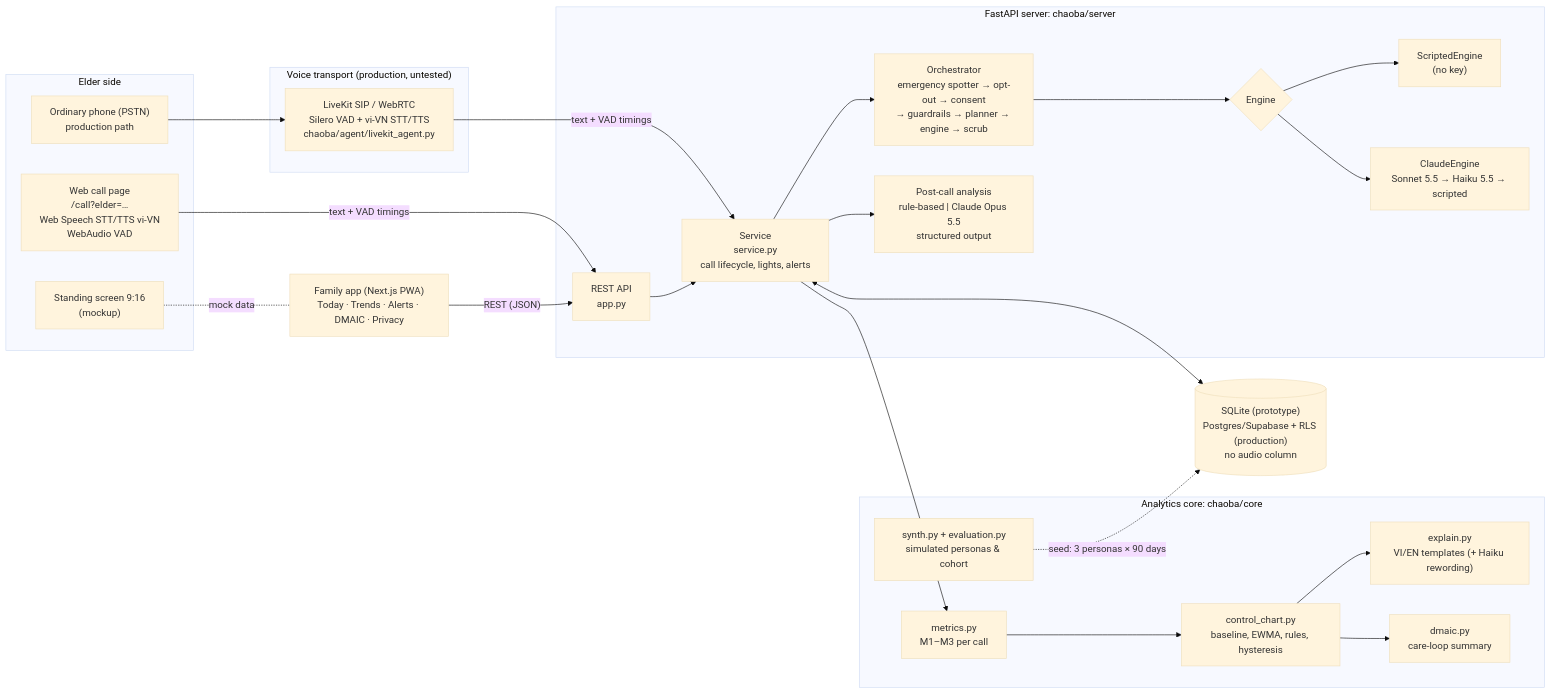
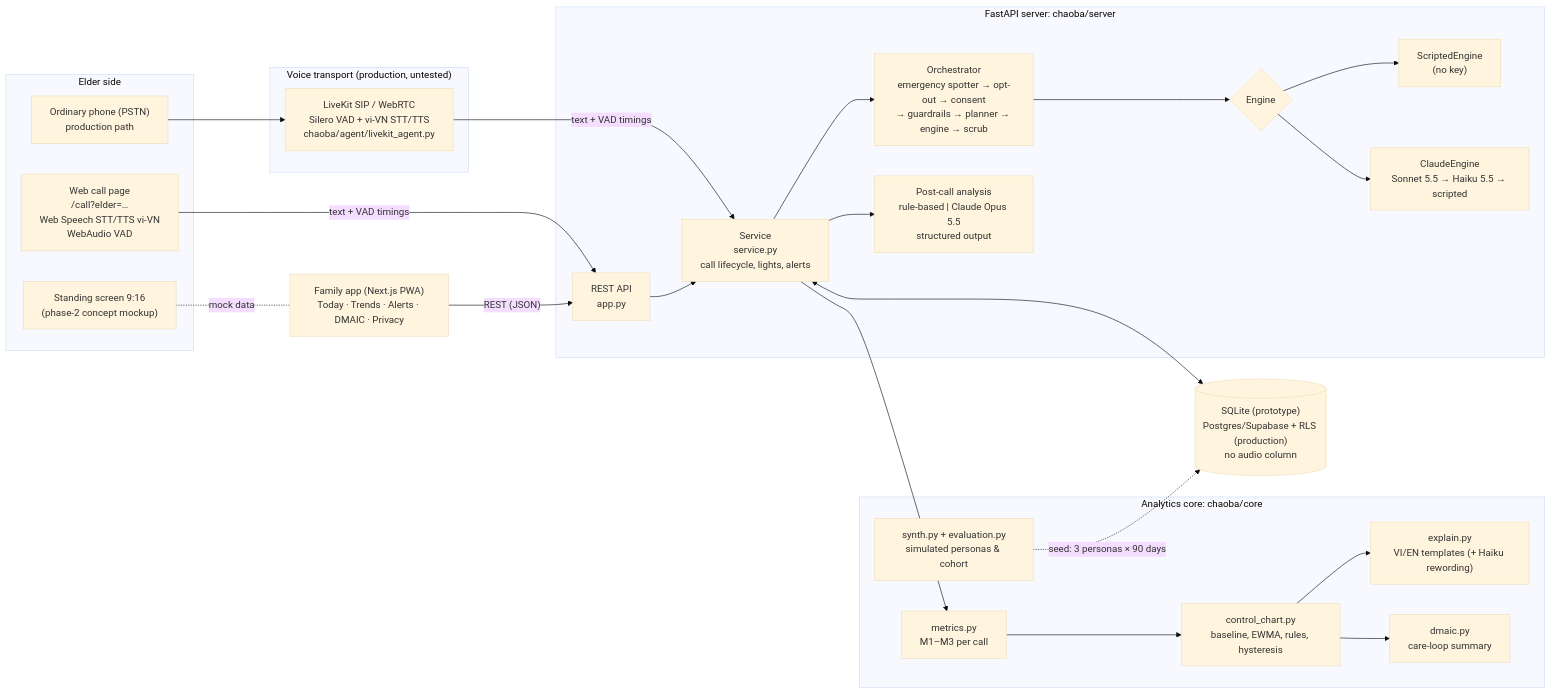
Before and after one commit to TinhVoLab/Chao-ba: the first of 2 diagrams in docs/TECHNICAL_DOCUMENTATION.md, drawn with Mermaid (base theme). The commit also changed other lines of this file and 62 other files, not shown here.

````diff
--- a/docs/TECHNICAL_DOCUMENTATION.md
+++ b/docs/TECHNICAL_DOCUMENTATION.md
@@ -86,47 +86,47 @@
 ```mermaid
 flowchart LR
   subgraph Elder["Elder side"]
     WEB["Web call page<br/>/call?elder=…<br/>Web Speech STT/TTS vi-VN<br/>WebAudio VAD"]
     PHONE["Ordinary phone (PSTN)<br/>production path"]
-    SCREEN["Standing screen 9:16<br/>(mockup)"]
+    SCREEN["Standing screen 9:16<br/>(phase-2 concept mockup)"]
   end
 
   subgraph Voice["Voice transport (production, untested)"]
     LK["LiveKit SIP / WebRTC<br/>Silero VAD + vi-VN STT/TTS<br/>chaoba/agent/livekit_agent.py"]
   end
 
   subgraph API["FastAPI server: chaoba/server"]
     REST["REST API<br/>app.py"]
     SVC["Service<br/>service.py<br/>call lifecycle, lights, alerts"]
     ORCH["Orchestrator<br/>emergency spotter → opt-out → consent<br/>→ guardrails → planner → engine → scrub"]
     ENG{"Engine"}
     SCR["ScriptedEngine<br/>(no key)"]
     CL["ClaudeEngine<br/>Sonnet 5.5 → Haiku 5.5 → scripted"]
     ANA["Post-call analysis<br/>rule-based | Claude Opus 5.5<br/>structured output"]
   end
 
   subgraph Core["Analytics core: chaoba/core"]
     MET["metrics.py<br/>M1–M3 per call"]
     CC["control_chart.py<br/>baseline, EWMA, rules, hysteresis"]
     EXP["explain.py<br/>VI/EN templates (+ Haiku rewording)"]
     DM["dmaic.py<br/>care-loop summary"]
     SYN["synth.py + evaluation.py<br/>simulated personas & cohort"]
   end
 
   DB[("SQLite (prototype)<br/>Postgres/Supabase + RLS (production)<br/>no audio column")]
   FAM["Family app (Next.js PWA)<br/>Today · Trends · Alerts · DMAIC · Privacy"]
 
   WEB -->|"text + VAD timings"| REST
   PHONE --> LK
   LK -->|"text + VAD timings"| SVC
   REST --> SVC --> ORCH --> ENG
   ENG --> SCR
   ENG --> CL
   SVC --> ANA
   SVC --> MET --> CC --> EXP
   CC --> DM
   SVC <--> DB
   SYN -.->|"seed: 3 personas × 90 days"| DB
   FAM -->|"REST (JSON)"| REST
   SCREEN -.-|"mock data"| FAM
 ```
````
